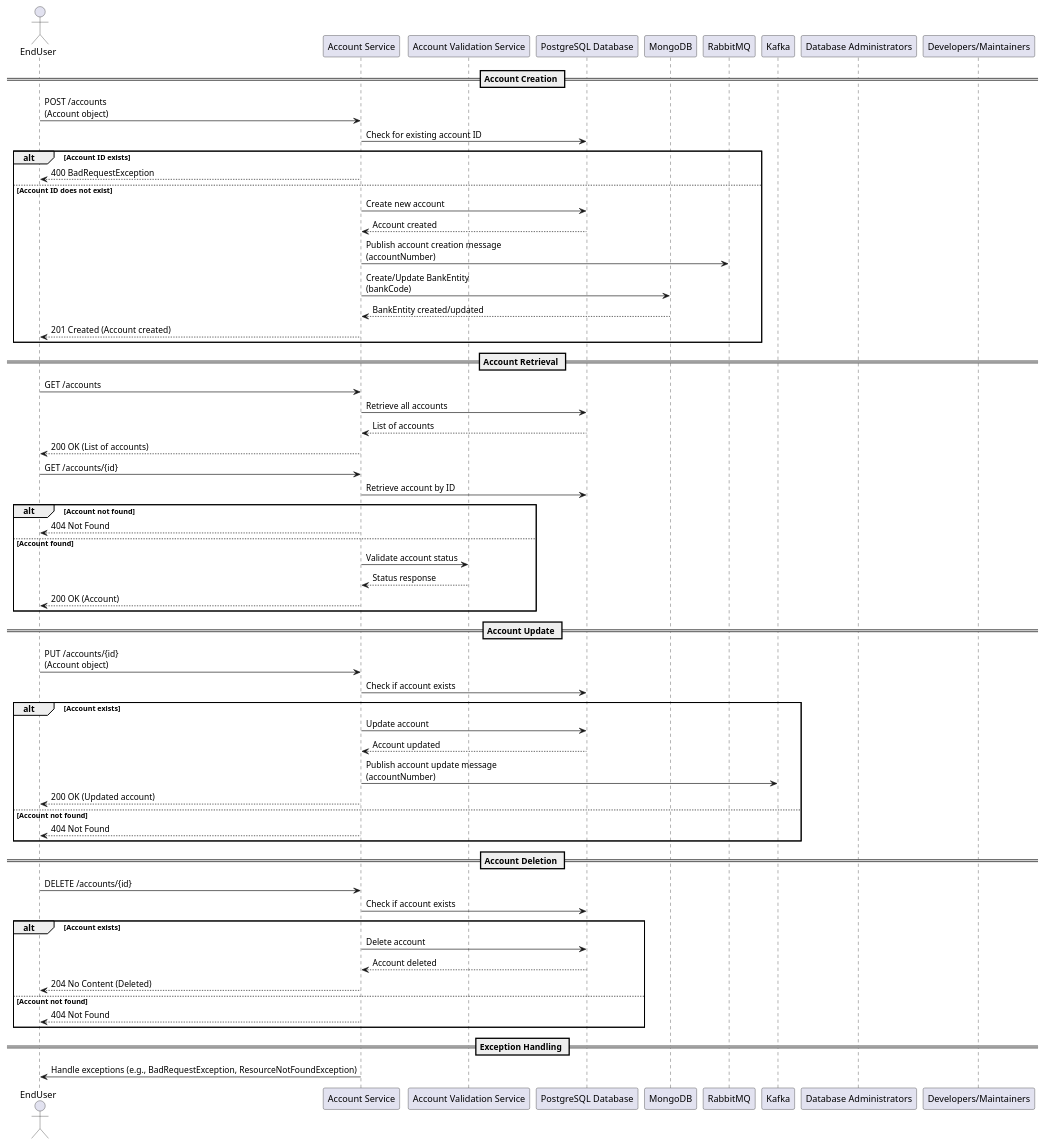
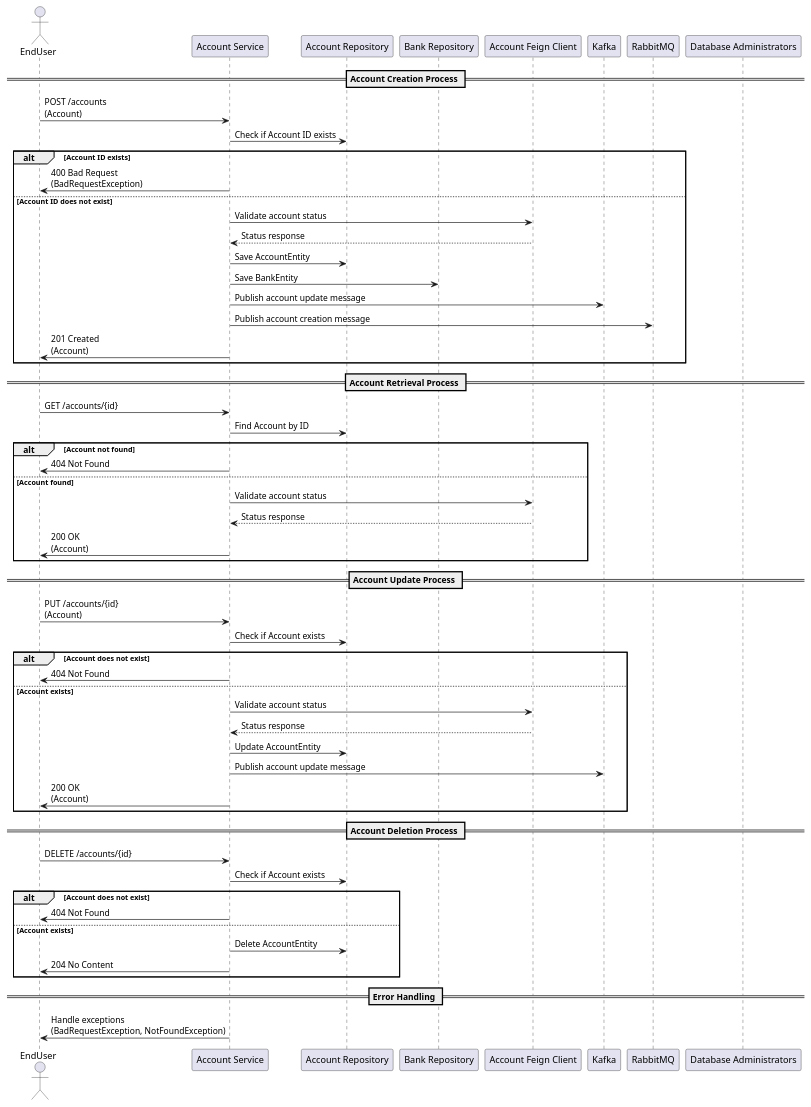
The diagram in design_document/Account_service.md (Bhaskar-Pavan/AccountService), drawn with PlantUML before and after one commit. The commit also changed other lines of this file, not shown here.

````diff
--- a/design_document/Account_service.md
+++ b/design_document/Account_service.md
@@ -49,70 +41,65 @@
 ```plantuml
 @startuml
 actor EndUser
 participant "Account Service" as AccountService
-participant "Account Validation Service" as ValidationService
-participant "PostgreSQL Database" as PostgreSQL
-participant "MongoDB" as MongoDB
+participant "Account Repository" as AccountRepo
+participant "Bank Repository" as BankRepo
+participant "Account Feign Client" as AccountFeignClient
+participant "Kafka" as Kafka
 participant "RabbitMQ" as RabbitMQ
-participant "Kafka" as Kafka
 participant "Database Administrators" as DBAdmins
-participant "Developers/Maintainers" as Developers
 
-== Account Creation ==
-EndUser -> AccountService : POST /accounts\n(Account object)
-AccountService -> PostgreSQL : Check for existing account ID
+== Account Creation Process ==
+EndUser -> AccountService: POST /accounts\n(Account)
+AccountService -> AccountRepo: Check if Account ID exists
 alt Account ID exists
-    AccountService --> EndUser : 400 BadRequestException
+    AccountService -> EndUser: 400 Bad Request\n(BadRequestException)
 else Account ID does not exist
-    AccountService -> PostgreSQL : Create new account
-    PostgreSQL --> AccountService : Account created
-    AccountService -> RabbitMQ : Publish account creation message\n(accountNumber)
-    AccountService -> MongoDB : Create/Update BankEntity\n(bankCode)
-    MongoDB --> AccountService : BankEntity created/updated
-    AccountService --> EndUser : 201 Created (Account created)
+    AccountService -> AccountFeignClient: Validate account status
+    AccountFeignClient --> AccountService: Status response
+    AccountService -> AccountRepo: Save AccountEntity
+    AccountService -> BankRepo: Save BankEntity
+    AccountService -> Kafka: Publish account update message
+    AccountService -> RabbitMQ: Publish account creation message
+    AccountService -> EndUser: 201 Created\n(Account)
 end
 
-== Account Retrieval ==
-EndUser -> AccountService : GET /accounts
-AccountService -> PostgreSQL : Retrieve all accounts
-PostgreSQL --> AccountService : List of accounts
-AccountService --> EndUser : 200 OK (List of accounts)
-
-EndUser -> AccountService : GET /accounts/{id}
-AccountService -> PostgreSQL : Retrieve account by ID
+== Account Retrieval Process ==
+EndUser -> AccountService: GET /accounts/{id}
+AccountService -> AccountRepo: Find Account by ID
 alt Account not found
-    AccountService --> EndUser : 404 Not Found
+    AccountService -> EndUser: 404 Not Found
 else Account found
-    AccountService -> ValidationService : Validate account status
-    ValidationService --> AccountService : Status response
-    AccountService --> EndUser : 200 OK (Account)
+    AccountService -> AccountFeignClient: Validate account status
+    AccountFeignClient --> AccountService: Status response
+    AccountService -> EndUser: 200 OK\n(Account)
 end
 
-== Account Update ==
-EndUser -> AccountService : PUT /accounts/{id}\n(Account object)
-AccountService -> PostgreSQL : Check if account exists
-alt Account exists
-    AccountService -> PostgreSQL : Update account
-    PostgreSQL --> AccountService : Account updated
-    AccountService -> Kafka : Publish account update message\n(accountNumber)
-    AccountService --> EndUser : 200 OK (Updated account)
-else Account not found
-    AccountService --> EndUser : 404 Not Found
+== Account Update Process ==
+EndUser -> AccountService: PUT /accounts/{id}\n(Account)
+AccountService -> AccountRepo: Check if Account exists
+alt Account does not exist
+    AccountService -> EndUser: 404 Not Found
+else Account exists
+    AccountService -> AccountFeignClient: Validate account status
+    AccountFeignClient --> AccountService: Status response
+    AccountService -> AccountRepo: Update AccountEntity
+    AccountService -> Kafka: Publish account update message
+    AccountService -> EndUser: 200 OK\n(Account)
 end
 
-== Account Deletion ==
-EndUser -> AccountService : DELETE /accounts/{id}
-AccountService -> PostgreSQL : Check if account exists
-alt Account exists
-    AccountService -> PostgreSQL : Delete account
-    PostgreSQL --> AccountService : Account deleted
-    AccountService --> EndUser : 204 No Content (Deleted)
-else Account not found
-    AccountService --> EndUser : 404 Not Found
+== Account Deletion Process ==
+EndUser -> AccountService: DELETE /accounts/{id}
+AccountService -> AccountRepo: Check if Account exists
+alt Account does not exist
+    AccountService -> EndUser: 404 Not Found
+else Account exists
+    AccountService -> AccountRepo: Delete AccountEntity
+    AccountService -> EndUser: 204 No Content
 end
 
-== Exception Handling ==
-AccountService -> EndUser : Handle exceptions (e.g., BadRequestException, ResourceNotFoundException)
+== Error Handling ==
+AccountService -> EndUser: Handle exceptions\n(BadRequestException, NotFoundException)
 
 @enduml
 ```
````
